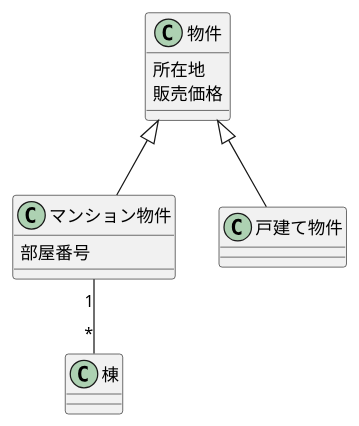
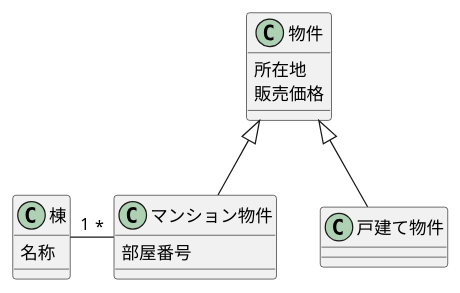
One commit to yinm/uml-modeling-lesson changed the diagram in ch03/excercise/3-1.puml. Above: the diagram before and after it, drawn with PlantUML. The commit also changed 1 other file, not shown here.

```diff
--- a/ch03/excercise/3-1.puml
+++ b/ch03/excercise/3-1.puml
@@ -1,22 +1,23 @@
 @startuml
 
 class 物件 {
   所在地
   販売価格
 }
 
 class マンション物件 {
   部屋番号
 }
 
 class 戸建て物件 {
 }
 
 class 棟 {
+  名称
 }
 
 物件 <|-- マンション物件
 物件 <|-- 戸建て物件
-マンション物件 "1"--"*" 棟
+マンション物件 "*"-left-"1" 棟
 
 @enduml
```
